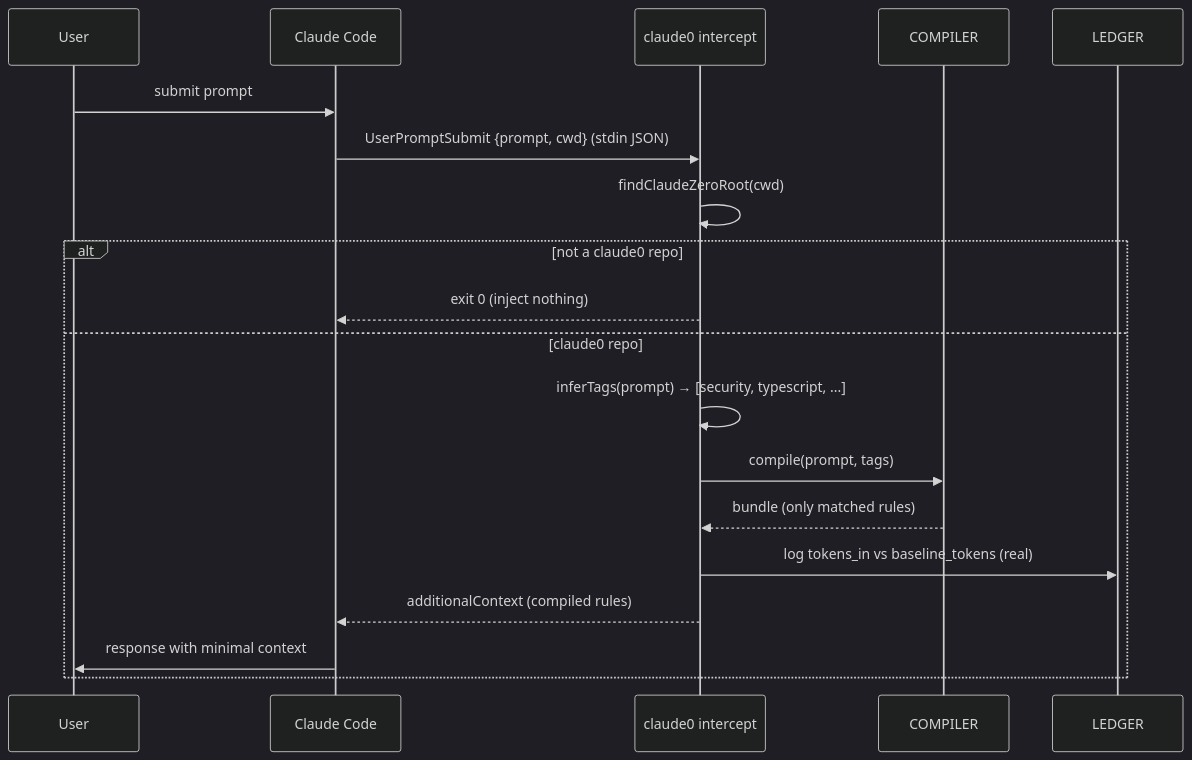
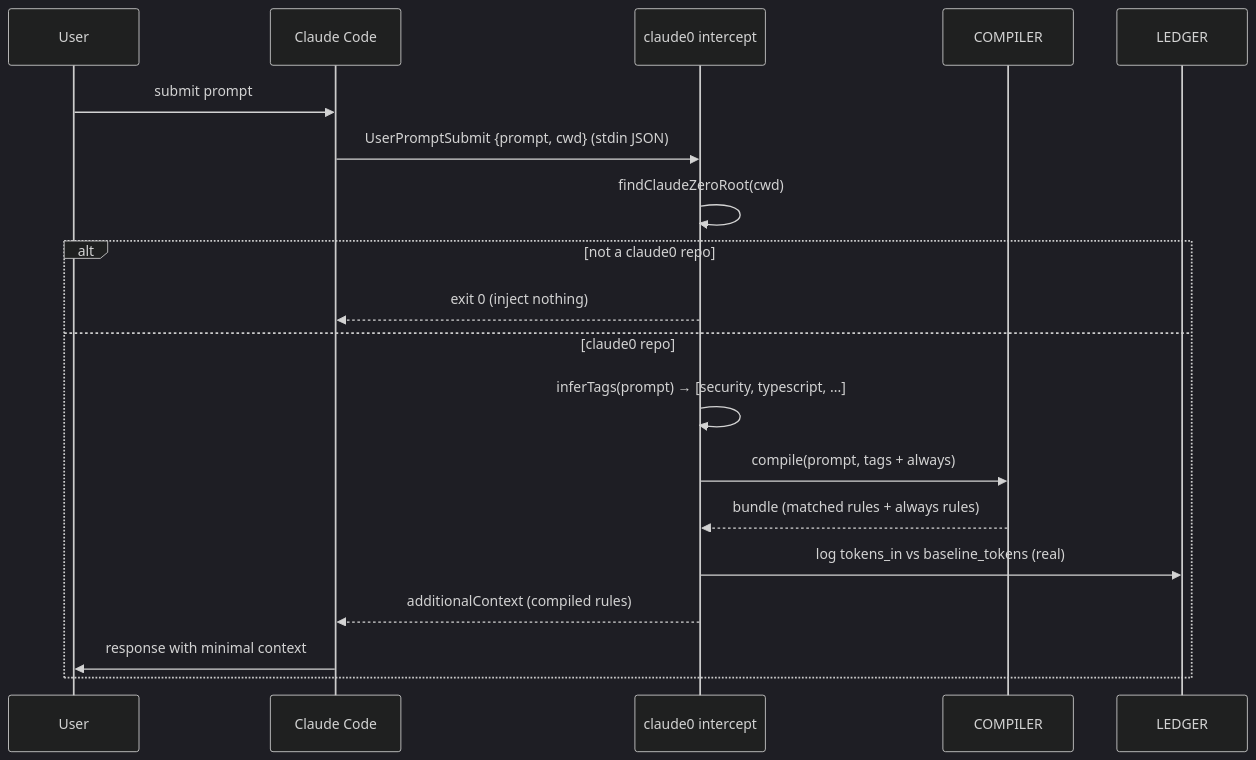
The second of 4 diagrams in docs/ARCHITECTURE.md (lcosent/claude0), drawn with Mermaid (dark theme) before and after one commit. The commit also changed other lines of this file and 16 other files, not shown here.

````diff
--- a/docs/ARCHITECTURE.md
+++ b/docs/ARCHITECTURE.md
@@ -71,22 +79,22 @@
 ```mermaid
 sequenceDiagram
     participant User
     participant CC as Claude Code
     participant Hook as claude0 intercept
     participant Comp as COMPILER
     participant Led as LEDGER
 
     User->>CC: submit prompt
     CC->>Hook: UserPromptSubmit {prompt, cwd} (stdin JSON)
     Hook->>Hook: findClaudeZeroRoot(cwd)
     alt not a claude0 repo
         Hook-->>CC: exit 0 (inject nothing)
     else claude0 repo
         Hook->>Hook: inferTags(prompt) → [security, typescript, ...]
-        Hook->>Comp: compile(prompt, tags)
-        Comp-->>Hook: bundle (only matched rules)
+        Hook->>Comp: compile(prompt, tags + always)
+        Comp-->>Hook: bundle (matched rules + always rules)
         Hook->>Led: log tokens_in vs baseline_tokens (real)
         Hook-->>CC: additionalContext (compiled rules)
         CC->>User: response with minimal context
     end
 ```
````
